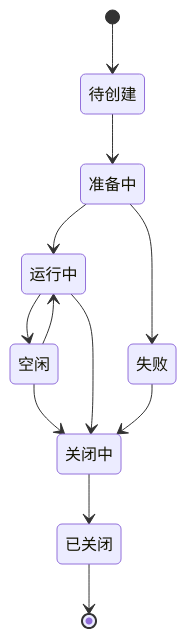
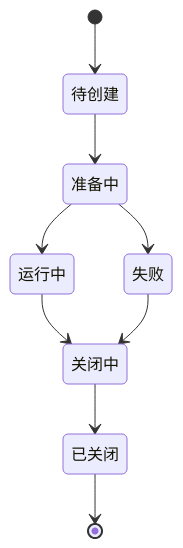
The seventh of 7 diagrams in README.md (ArchAIHarness/agent-master), drawn with Mermaid before and after one commit. The commit also changed other lines of this file and 14 other files, not shown here.

````diff
--- a/README.md
+++ b/README.md
@@ -346,22 +346,18 @@
 ```mermaid
 stateDiagram-v2
     state "待创建" as Pending
     state "准备中" as Preparing
     state "运行中" as Running
-    state "空闲" as Idle
     state "关闭中" as Terminating
     state "已关闭" as Terminated
     state "失败" as Failed
 
     [*] --> Pending
     Pending --> Preparing
     Preparing --> Running
     Preparing --> Failed
-    Running --> Idle
-    Idle --> Running
-    Idle --> Terminating
     Running --> Terminating
     Failed --> Terminating
     Terminating --> Terminated
     Terminated --> [*]
 ```
````
